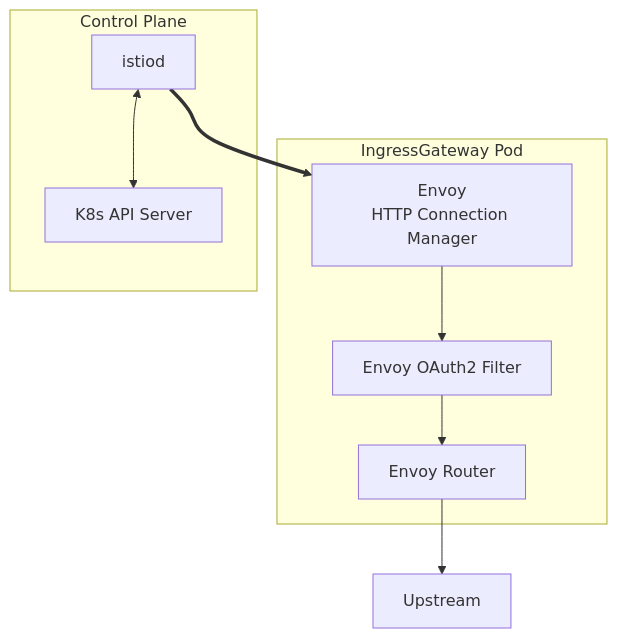
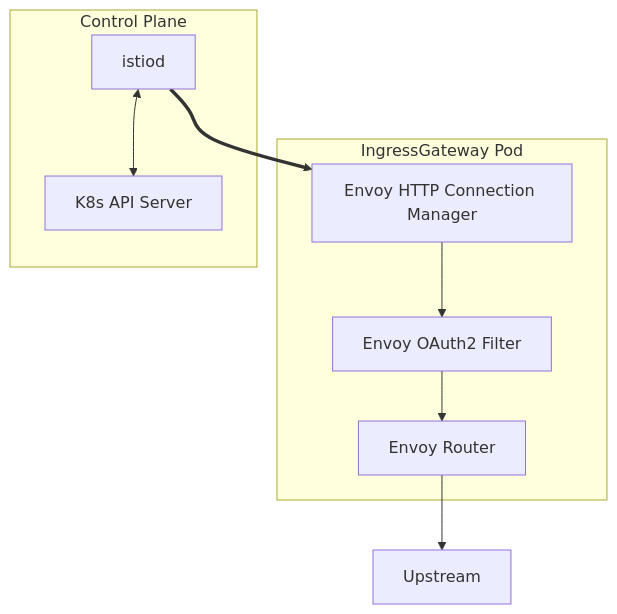
One commit to aavq/3qi changed the first of 3 diagrams in SUBSYSTEM_DESIGN.md. Above: the diagram before and after it, drawn with Mermaid.

````diff
--- a/SUBSYSTEM_DESIGN.md
+++ b/SUBSYSTEM_DESIGN.md
@@ -24,15 +24,15 @@
 ```mermaid
 graph TD
   subgraph IngressGateway Pod
-    P1[Envoy\nHTTP Connection Manager]
+    P1[Envoy HTTP Connection Manager]
     P2[Envoy OAuth2 Filter]
     P3[Envoy Router]
   end
   subgraph Control Plane
     I[istiod]
     C[K8s API Server]
   end
   P1 --> P2 --> P3 --> Upstream
   I <--> C
   I ==> P1
 ```
````
